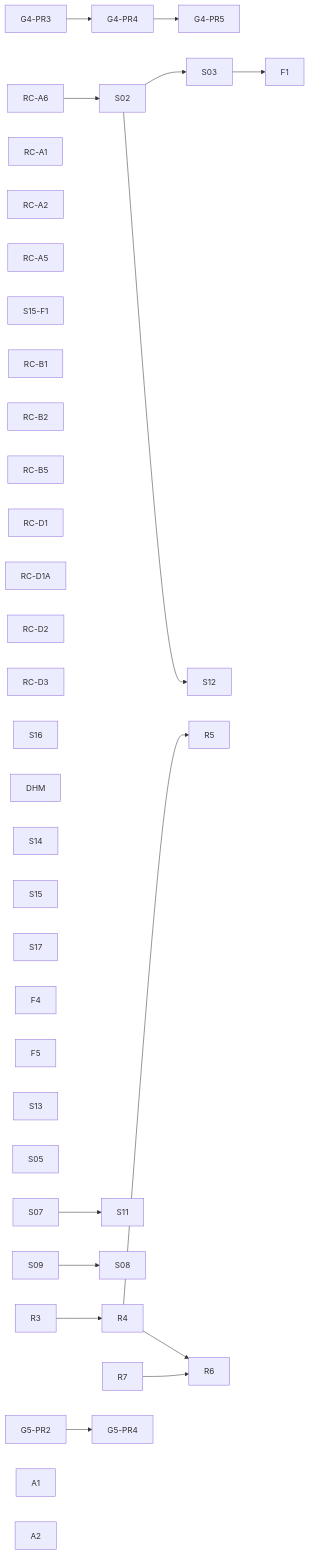
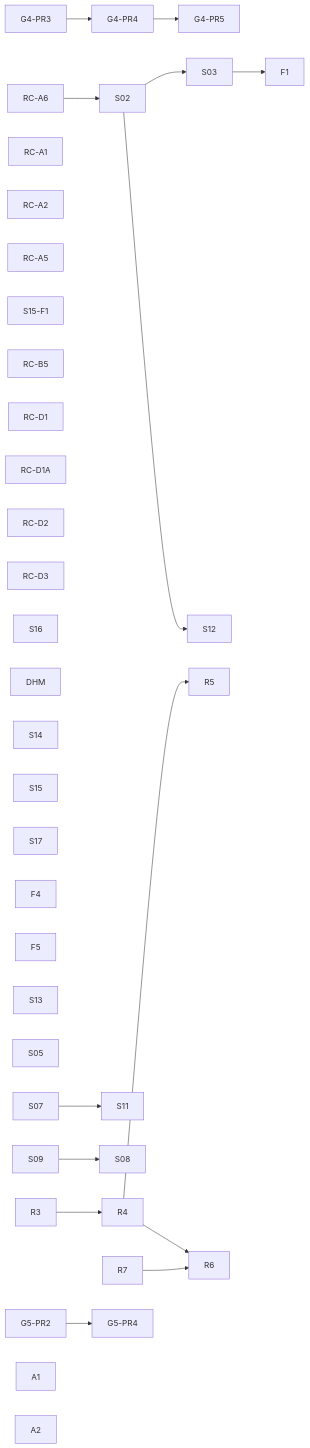
The diagram in docs/planning/state/open-task-route.md (dunay2/dvt), drawn with Mermaid before and after one commit. The commit also changed other lines of this file and 4 other files, not shown here.

````diff
--- a/docs/planning/state/open-task-route.md
+++ b/docs/planning/state/open-task-route.md
@@ -80,40 +78,38 @@
 ```mermaid
 flowchart LR
   G43[G4-PR3] --> G44[G4-PR4] --> G45[G4-PR5]
 
   RC_A6[RC-A6] --> S02[S02] --> S03[S03] --> F1[F1]
   RC_A1[RC-A1]
   RC_A2[RC-A2]
   RC_A5[RC-A5]
   S15F1[S15-F1]
-  RC_B1[RC-B1]
-  RC_B2[RC-B2]
   RC_B5[RC-B5]
   RC_D1[RC-D1]
   RC_D1A[RC-D1A]
   RC_D2[RC-D2]
   RC_D3[RC-D3]
   S16[S16]
   DHM[DHM]
 
   S02 --> S12[S12]
   S14[S14]
   S15[S15]
   S17[S17]
   F4[F4]
   F5[F5]
   S13[S13]
   S05[S05]
 
   S07[S07] --> S11[S11]
   S09[S09] --> S08[S08]
 
   R3[R3] --> R4[R4] --> R5[R5]
   R4 --> R6[R6]
   R7[R7] --> R6
 
   G52[G5-PR2] --> G54[G5-PR4]
   A1[A1]
   A2[A2]
   DHM
 ```
````
